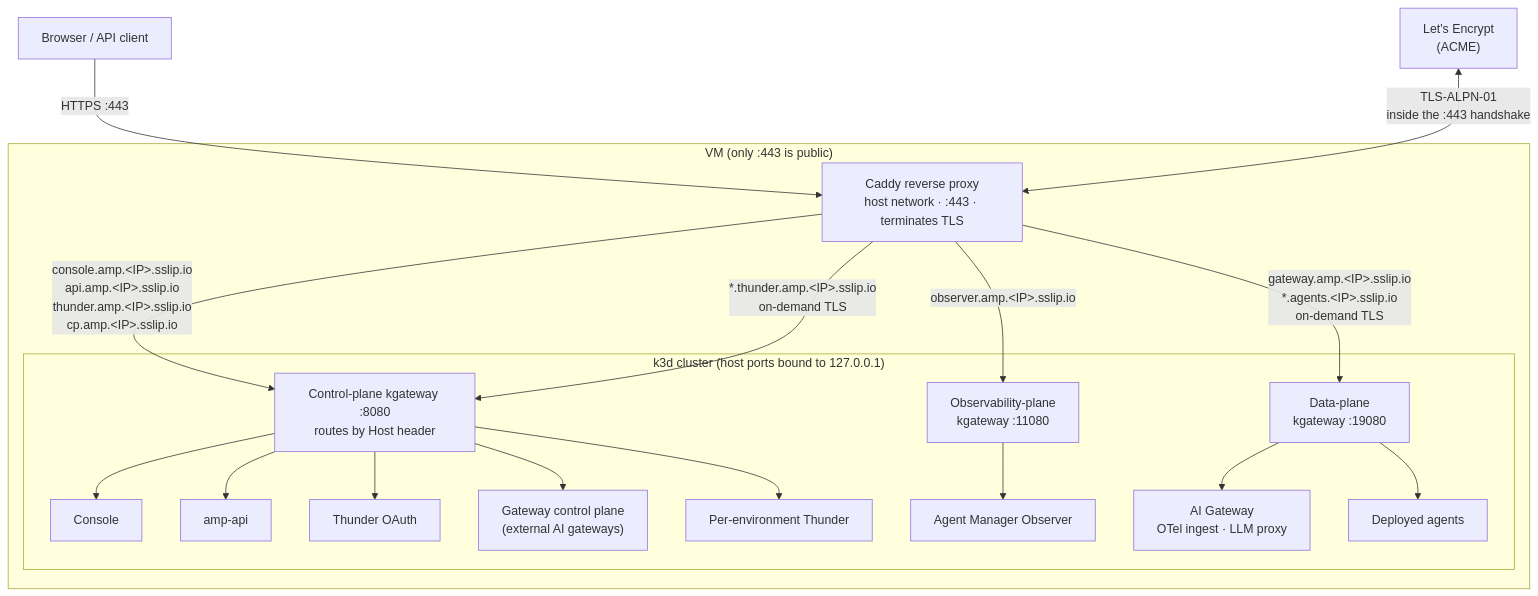
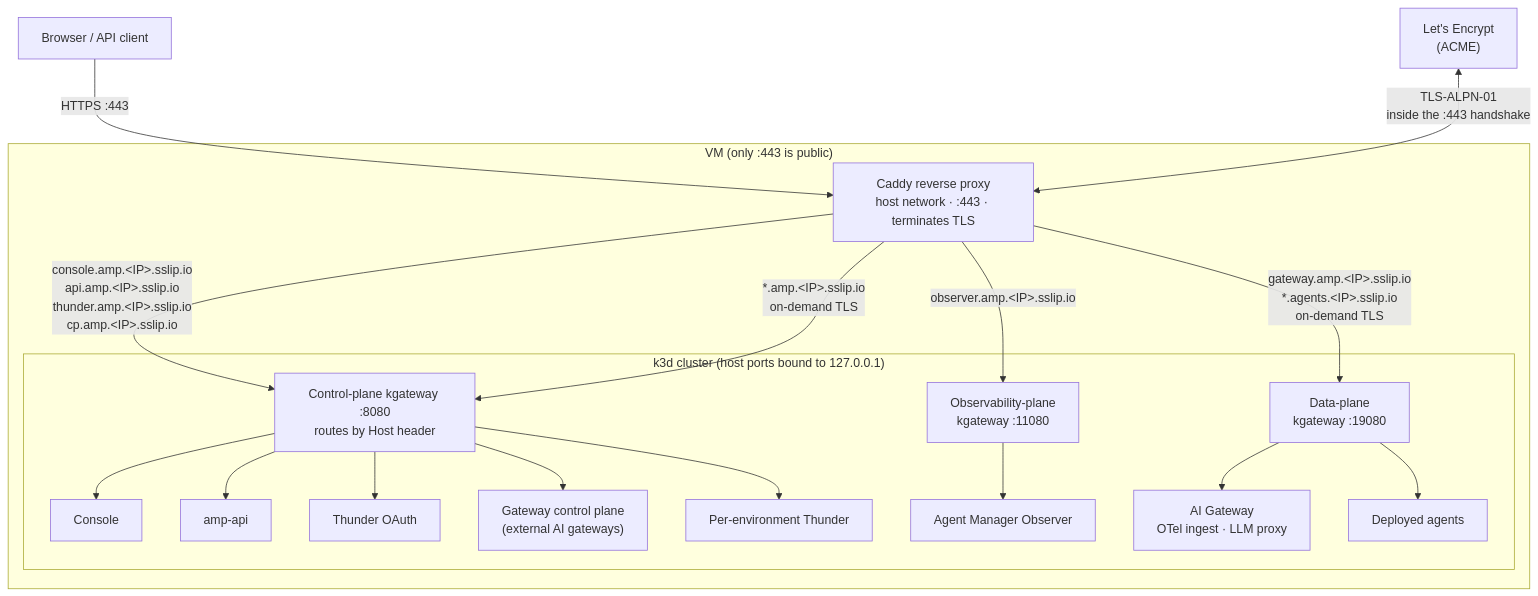
The first of 3 diagrams in docs/getting-started/on-a-vm.mdx (IsuruVithanage/docs-agent-platform), drawn with Mermaid before and after one commit. The commit also changed other lines of this file and 2 other files, not shown here.

````diff
--- a/docs/getting-started/on-a-vm.mdx
+++ b/docs/getting-started/on-a-vm.mdx
@@ -97,39 +97,39 @@
 ```mermaid
 flowchart TB
     browser["Browser / API client"]
     le["Let's Encrypt<br/>(ACME)"]
 
     subgraph vm["VM (only :443 is public)"]
         caddy["Caddy reverse proxy<br/>host network · :443 · terminates TLS"]
 
         subgraph k3d["k3d cluster (host ports bound to 127.0.0.1)"]
             cpgw["Control-plane kgateway :8080<br/>routes by Host header"]
             opgw["Observability-plane<br/>kgateway :11080"]
             dpgw["Data-plane<br/>kgateway :19080"]
 
             console["Console"]
             api["amp-api"]
             thunder["Thunder OAuth"]
             cp["Gateway control plane<br/>(external AI gateways)"]
             envthunder["Per-environment Thunder"]
             observer["Agent Manager Observer"]
             gw["AI Gateway<br/>OTel ingest · LLM proxy"]
             agents["Deployed agents"]
         end
     end
 
     browser -->|"HTTPS :443"| caddy
     le <-->|"TLS-ALPN-01<br/>inside the :443 handshake"| caddy
     caddy -->|"console.amp.&lt;IP&gt;.sslip.io<br/>api.amp.&lt;IP&gt;.sslip.io<br/>thunder.amp.&lt;IP&gt;.sslip.io<br/>cp.amp.&lt;IP&gt;.sslip.io"| cpgw
-    caddy -->|"*.thunder.amp.&lt;IP&gt;.sslip.io<br/>on-demand TLS"| cpgw
+    caddy -->|"*.amp.&lt;IP&gt;.sslip.io<br/>on-demand TLS"| cpgw
     caddy -->|"observer.amp.&lt;IP&gt;.sslip.io"| opgw
     caddy -->|"gateway.amp.&lt;IP&gt;.sslip.io<br/>*.agents.&lt;IP&gt;.sslip.io<br/>on-demand TLS"| dpgw
     cpgw --> console
     cpgw --> api
     cpgw --> thunder
     cpgw --> cp
     cpgw --> envthunder
     opgw --> observer
     dpgw --> gw
     dpgw --> agents
 ```
````
